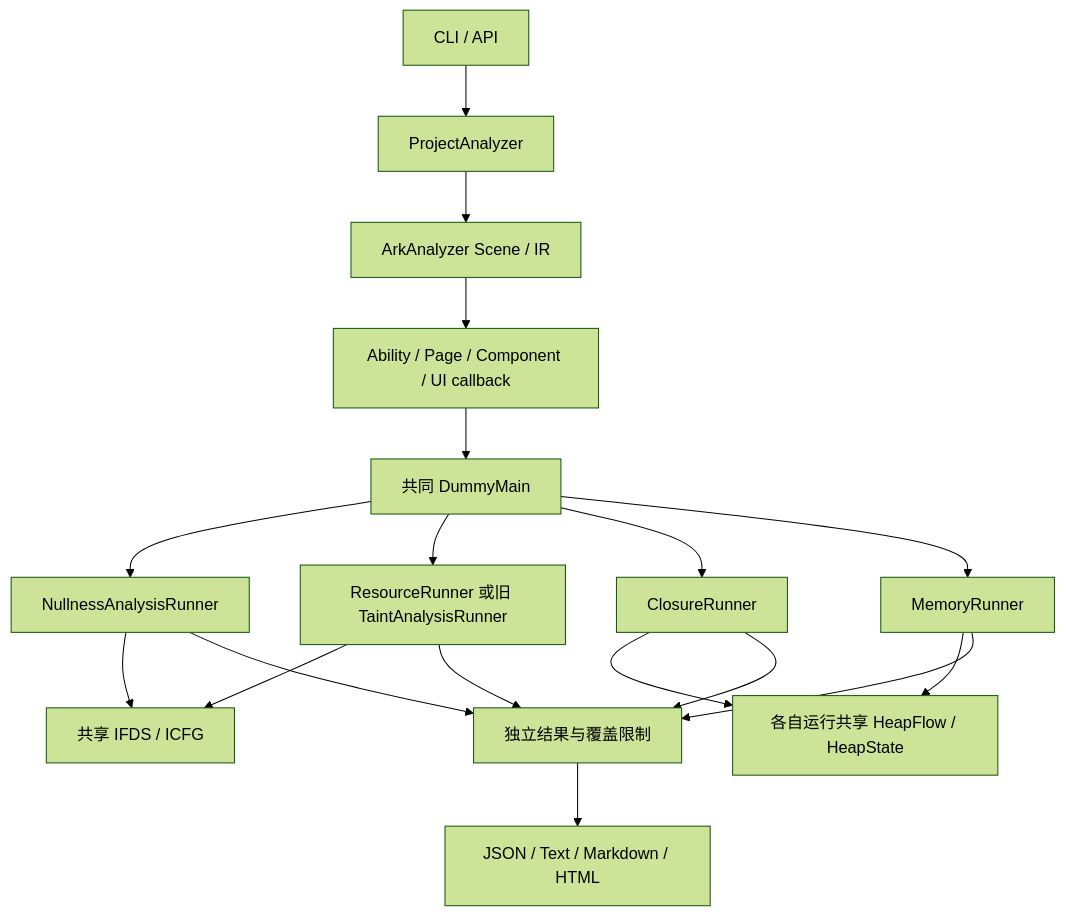
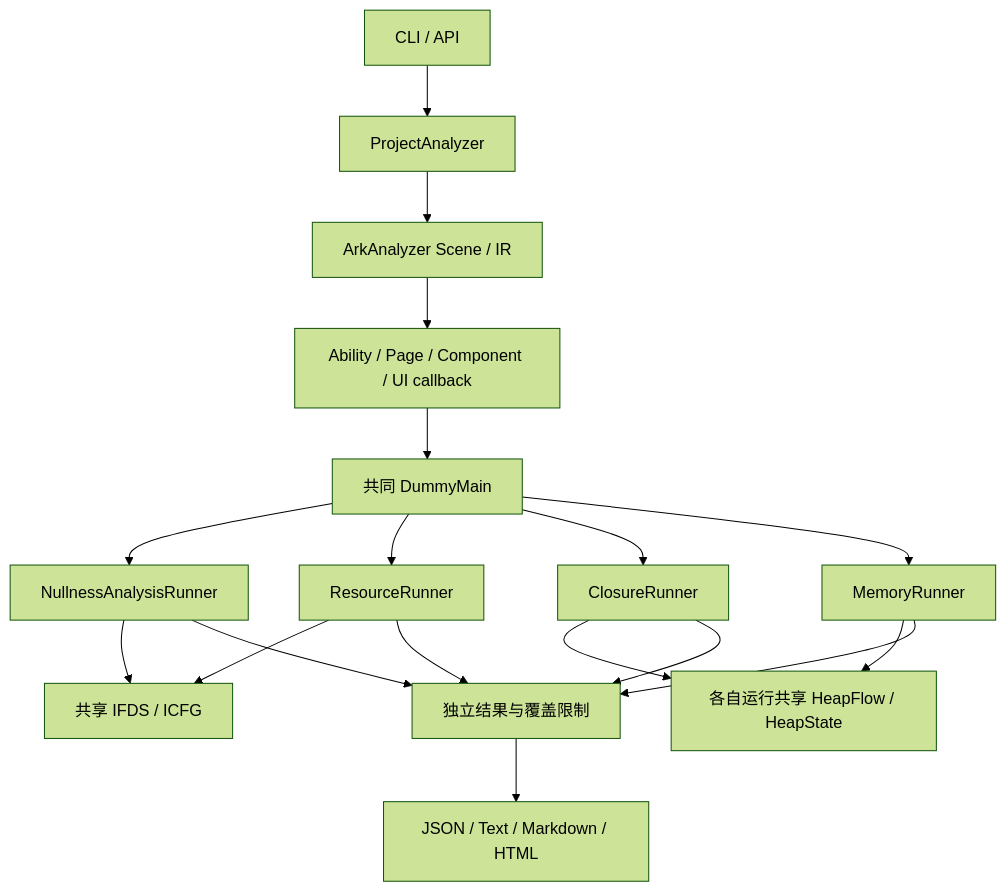
The diagram in docs/architecture.md (nomadjing/ArkLifeguard), drawn with Mermaid (forest theme) before and after one commit. The commit also changed other lines of this file and 47 other files, not shown here.

Commit message:
refactor: retire legacy resource analysis and unify public contracts

````diff
--- a/docs/architecture.md
+++ b/docs/architecture.md
@@ -7,20 +7,20 @@
 ```mermaid
 flowchart TD
     CLI["CLI / API"] --> Project["ProjectAnalyzer"]
     Project --> Scene["ArkAnalyzer Scene / IR"]
     Scene --> Lifecycle["Ability / Page / Component / UI callback"]
     Lifecycle --> Entry["共同 DummyMain"]
     Entry --> Nullness["NullnessAnalysisRunner"]
-    Entry --> Resource["ResourceRunner 或旧 TaintAnalysisRunner"]
+    Entry --> Resource["ResourceRunner"]
     Entry --> Closure["ClosureRunner"]
     Entry --> Memory["MemoryRunner"]
     Nullness --> IFDS["共享 IFDS / ICFG"]
     Resource --> IFDS
     Closure --> Heap["各自运行共享 HeapFlow / HeapState"]
     Memory --> Heap
     Nullness --> Result["独立结果与覆盖限制"]
     Resource --> Result
     Closure --> Result
     Memory --> Result
     Result --> Report["JSON / Text / Markdown / HTML"]
 ```
````
